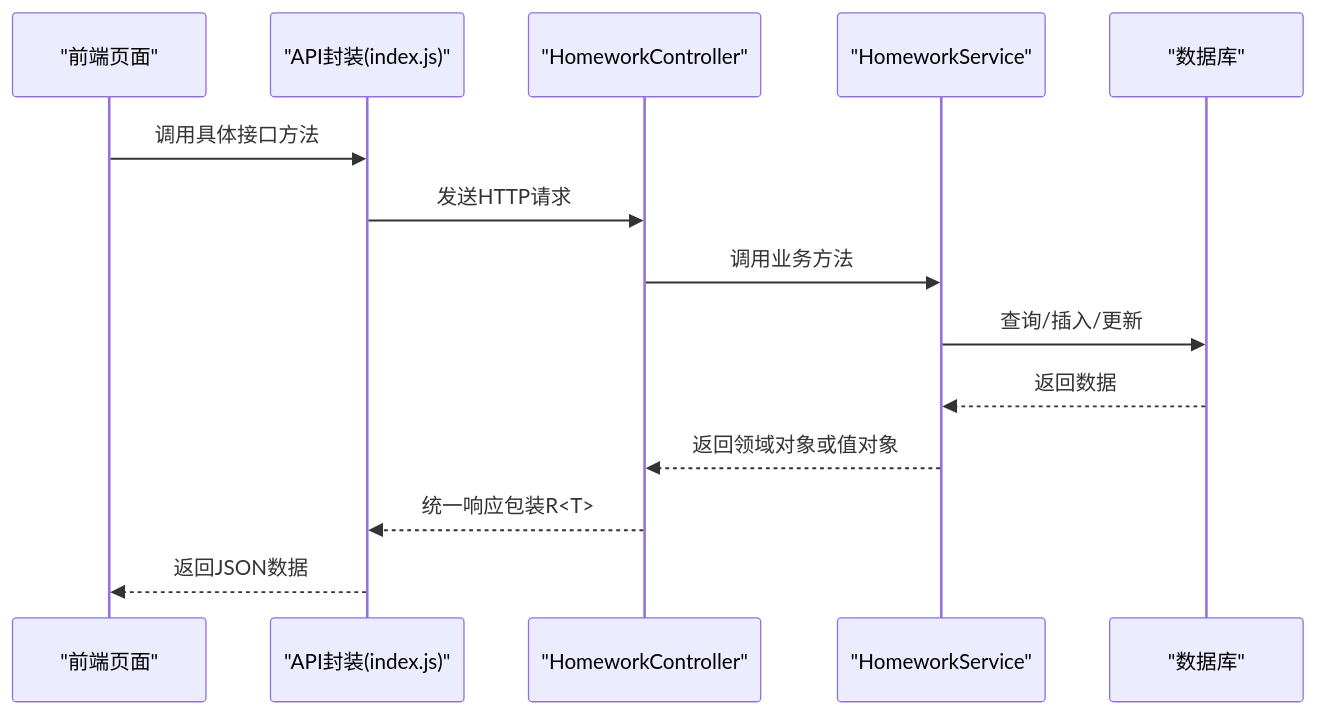
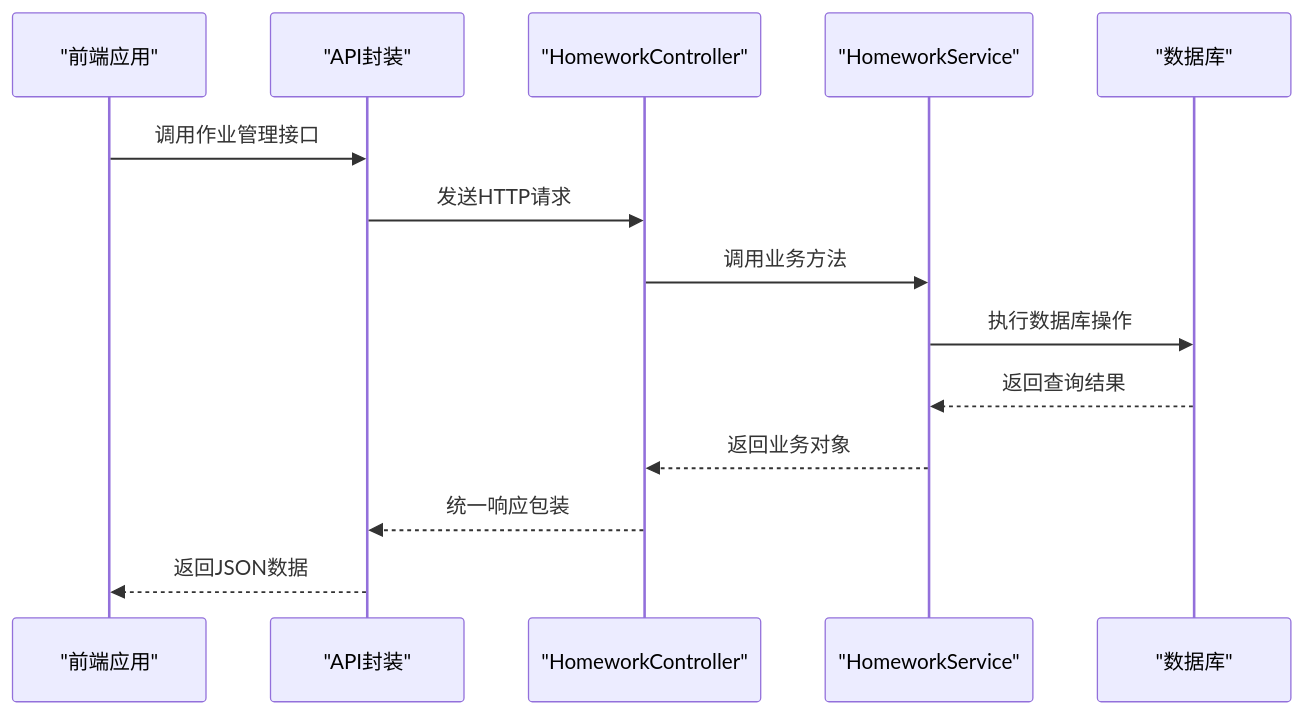
The second of 6 diagrams in .qoder/repowiki/zh/content/API接口文档/作业管理API.md (Jian9527/HelenEdu), drawn with Mermaid before and after one commit. The commit also changed other lines of this file and 41 other files, not shown here.

````diff
--- a/.qoder/repowiki/zh/content/API接口文档/作业管理API.md
+++ b/.qoder/repowiki/zh/content/API接口文档/作业管理API.md
@@ -115,16 +122,16 @@
 ```mermaid
 sequenceDiagram
-participant FE as "前端页面"
-participant API as "API封装(index.js)"
+participant FE as "前端应用"
+participant API as "API封装"
 participant CTRL as "HomeworkController"
 participant SVC as "HomeworkService"
 participant DB as "数据库"
-FE->>API : 调用具体接口方法
+FE->>API : 调用作业管理接口
 API->>CTRL : 发送HTTP请求
 CTRL->>SVC : 调用业务方法
-SVC->>DB : 查询/插入/更新
-DB-->>SVC : 返回数据
-SVC-->>CTRL : 返回领域对象或值对象
-CTRL-->>API : 统一响应包装R<T>
+SVC->>DB : 执行数据库操作
+DB-->>SVC : 返回查询结果
+SVC-->>CTRL : 返回业务对象
+CTRL-->>API : 统一响应包装
 API-->>FE : 返回JSON数据
 ```
````
